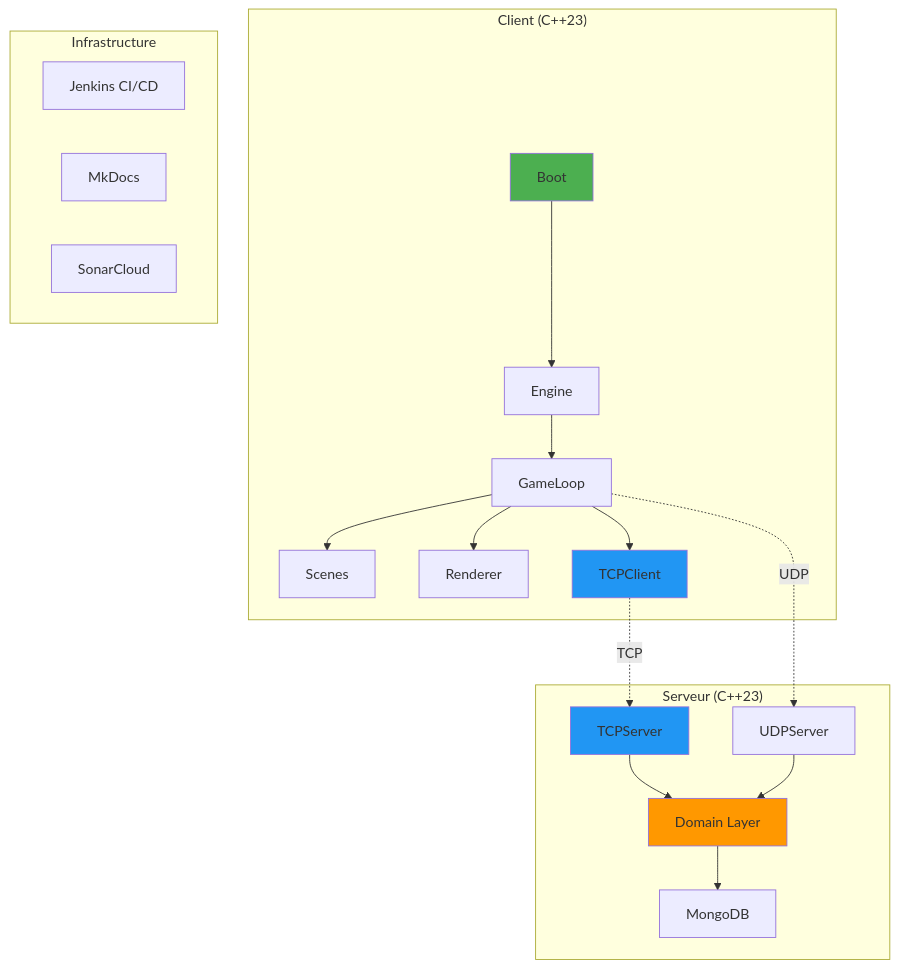
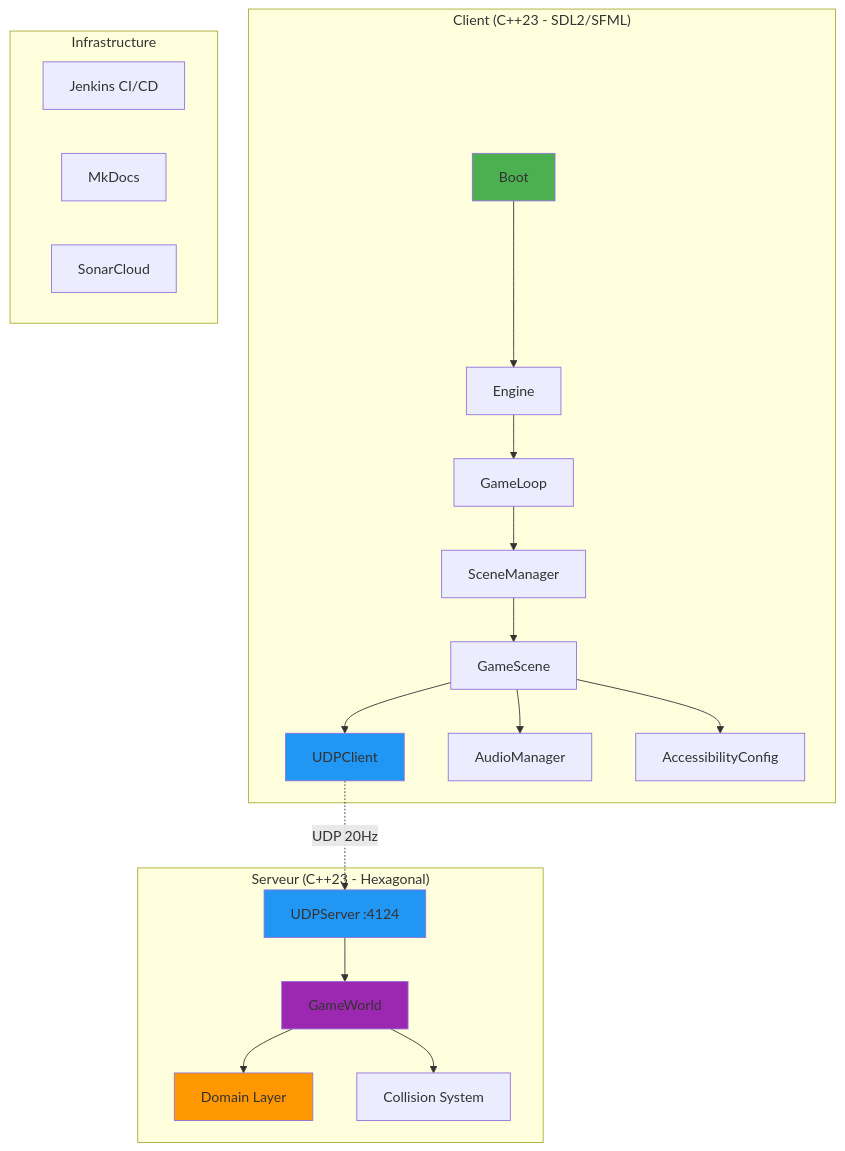
The second of 2 diagrams in docs/index.md (ChrisG-L/rtype), drawn with Mermaid before and after one commit. The commit also changed other lines of this file and 7 other files, not shown here.

````diff
--- a/docs/index.md
+++ b/docs/index.md
@@ -160,34 +161,36 @@
 ```mermaid
 graph TB
-    subgraph "Client (C++23)"
+    subgraph "Client (C++23 - SDL2/SFML)"
         Boot[Boot] --> Engine[Engine]
         Engine --> GameLoop[GameLoop]
-        GameLoop --> Scenes[Scenes]
-        GameLoop --> Renderer[Renderer]
-        GameLoop --> TCPClient[TCPClient]
+        GameLoop --> SceneManager[SceneManager]
+        SceneManager --> GameScene[GameScene]
+        GameScene --> UDPClient[UDPClient]
+        GameScene --> AudioManager[AudioManager]
+        GameScene --> AccessConfig[AccessibilityConfig]
     end
 
     subgraph "Infrastructure"
         Jenkins[Jenkins CI/CD]
         Docs[MkDocs]
         SonarCloud[SonarCloud]
     end
 
-    subgraph "Serveur (C++23)"
-        TCP[TCPServer]
-        UDP[UDPServer]
+    subgraph "Serveur (C++23 - Hexagonal)"
+        UDP[UDPServer :4124]
+        GameWorld[GameWorld]
         Domain[Domain Layer]
-        Persistence[MongoDB]
+        Collision[Collision System]
     end
 
-    TCPClient -.TCP.-> TCP
-    GameLoop -.UDP.-> UDP
-    TCP --> Domain
-    UDP --> Domain
-    Domain --> Persistence
+    UDPClient -.UDP 20Hz.-> UDP
+    UDP --> GameWorld
+    GameWorld --> Collision
+    GameWorld --> Domain
 
     style Boot fill:#4CAF50
-    style TCPClient fill:#2196F3
-    style TCP fill:#2196F3
+    style UDPClient fill:#2196F3
+    style UDP fill:#2196F3
     style Domain fill:#FF9800
+    style GameWorld fill:#9C27B0
 ```
````
